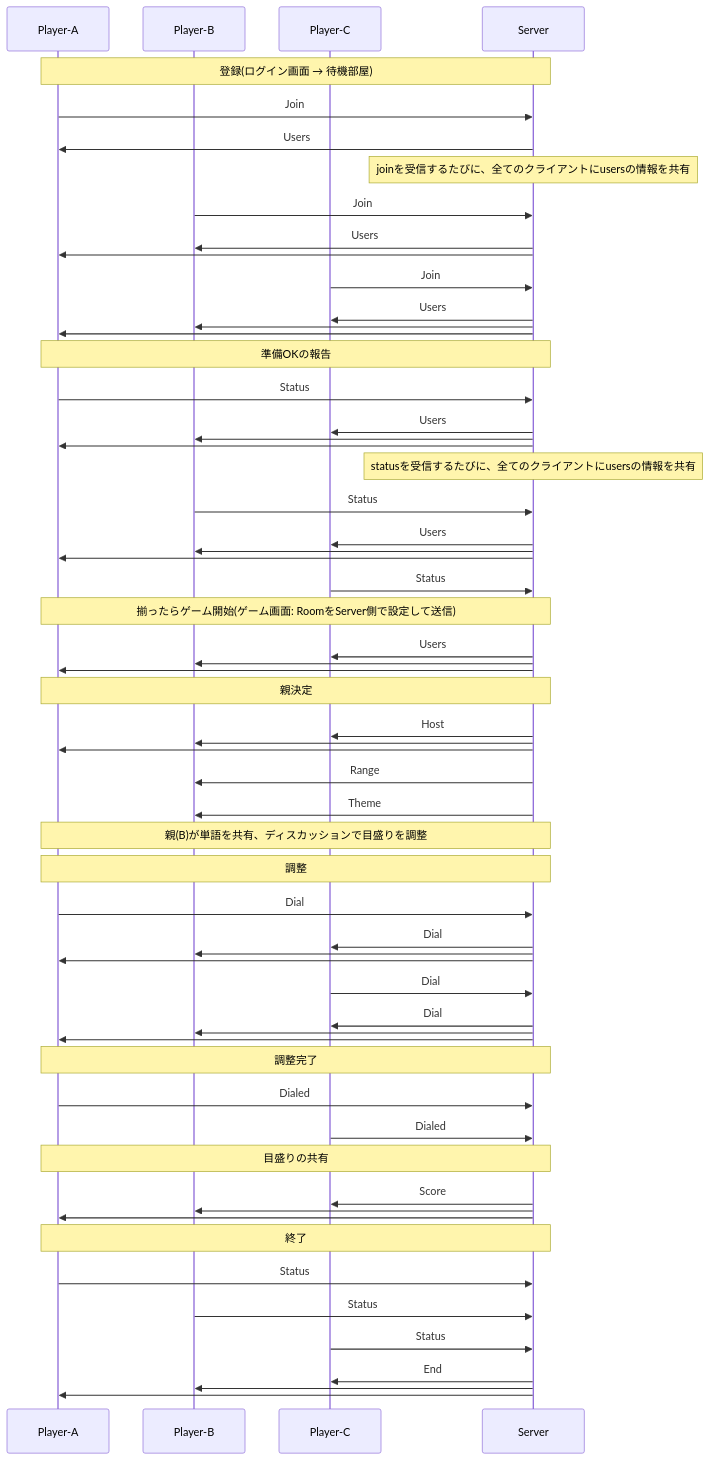
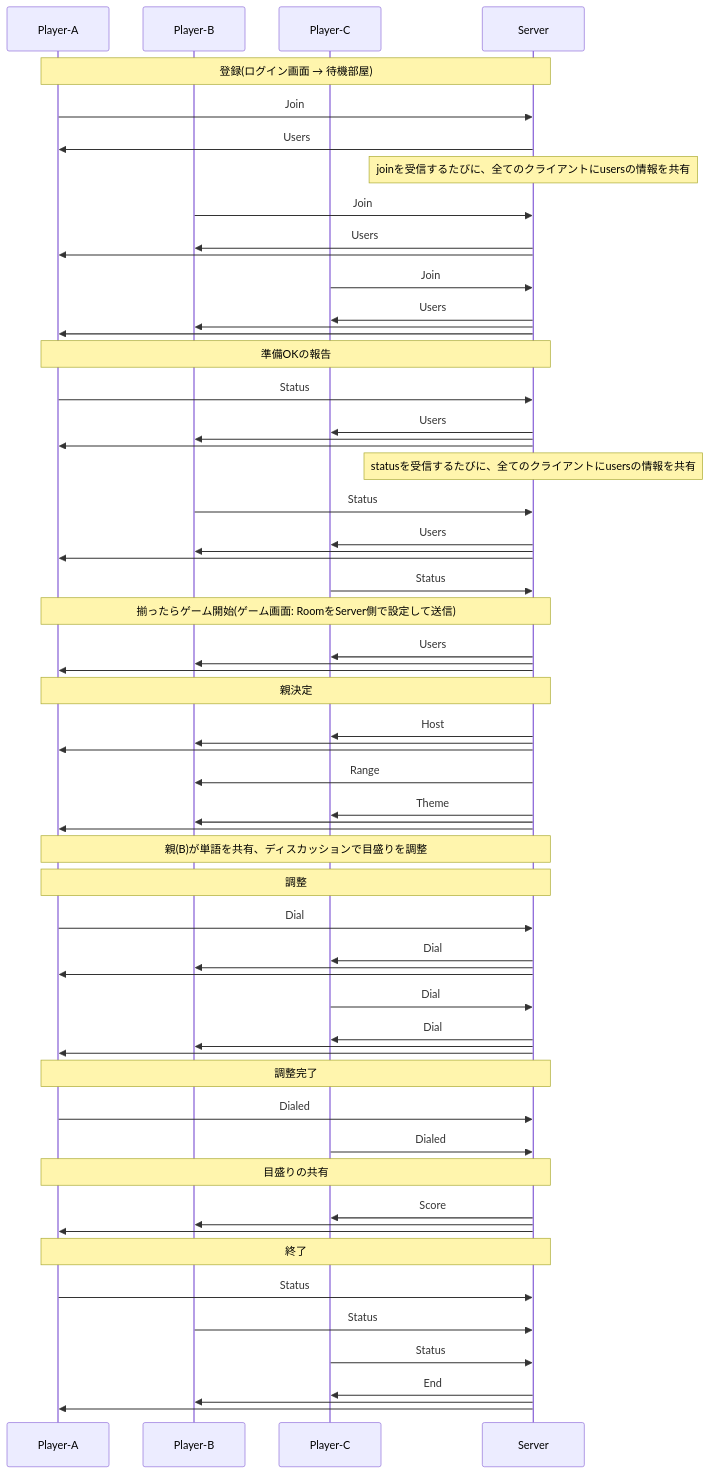
The diagram in wavelength/api.md (we-can-panic/nimgame), drawn with Mermaid before and after one commit.

````diff
--- a/wavelength/api.md
+++ b/wavelength/api.md
@@ -201,64 +201,66 @@
 ```mermaid
 sequenceDiagram
   participant A as Player-A
   participant B as Player-B
   participant C as Player-C
   participant S as Server
   Note over A, S: 登録(ログイン画面 → 待機部屋)
   A ->> S: Join
   S ->> A: Users
   Note over S: joinを受信するたびに、全てのクライアントにusersの情報を共有
   B ->> S: Join
   S ->> B: Users
   S ->> A: 
   C ->> S: Join
   S ->> C: Users
   S ->> B: 
   S ->> A: 
   Note over A, S: 準備OKの報告
   A ->> S: Status
   S ->> C: Users
   S ->> B: 
   S ->> A: 
   Note over S: statusを受信するたびに、全てのクライアントにusersの情報を共有
   B ->> S: Status
   S ->> C: Users
   S ->> B: 
   S ->> A: 
   C ->> S: Status
   Note over A, S: 揃ったらゲーム開始(ゲーム画面: RoomをServer側で設定して送信)
   S ->> C: Users
   S ->> B: 
   S ->> A: 
   Note over A, S: 親決定
   S ->> C: Host
   S ->> B: 
   S ->> A: 
   S ->> B: Range
-  S ->> B: Theme
+  S ->> C: Theme
+  S ->> B:
+  S ->> A:
   Note over A, S: 親(B)が単語を共有、ディスカッションで目盛りを調整
   Note over A, S: 調整
   A ->> S: Dial
   S ->> C: Dial
   S ->> B: 
   S ->> A: 
   C ->> S: Dial
   S ->> C: Dial
   S ->> B: 
   S ->> A: 
   Note over A, S: 調整完了
   A ->> S: Dialed
   C ->> S: Dialed
   Note over A, S: 目盛りの共有
   S ->> C: Score
   S ->> B: 
   S ->> A: 
   Note over A, S: 終了
   A ->> S: Status
   B ->> S: Status
   C ->> S: Status
   S ->> C: End
   S ->> B: 
   S ->> A: 
 
 ```
````
